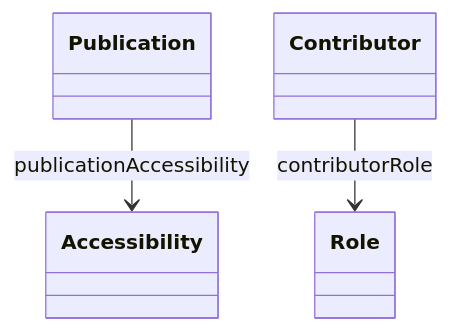
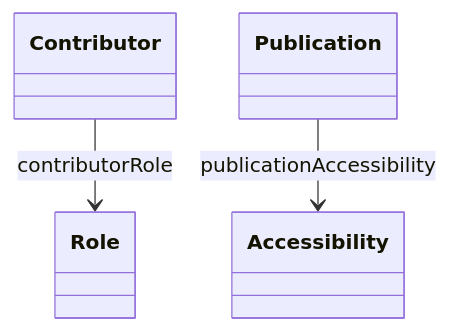
Before and after one commit to oeg-upm/Devos: the diagram in output/ieswc_leng/ld-connect.ttl-leng-5.md, drawn with Mermaid. The commit also changed other lines of this file and 315 other files, not shown here.

````diff
--- a/output/ieswc_leng/ld-connect.ttl-leng-5.md
+++ b/output/ieswc_leng/ld-connect.ttl-leng-5.md
@@ -1,19 +1,19 @@
 ```mermaid
 	classDiagram
 
     
     class Accessibility {
     
     }
 
     class Role {
     
     }
 
 
 
+Contributor  --> Role   :contributorRole  
+
 Publication  --> Accessibility   :publicationAccessibility  
 
-Contributor  --> Role   :contributorRole  
-
 ```
````
